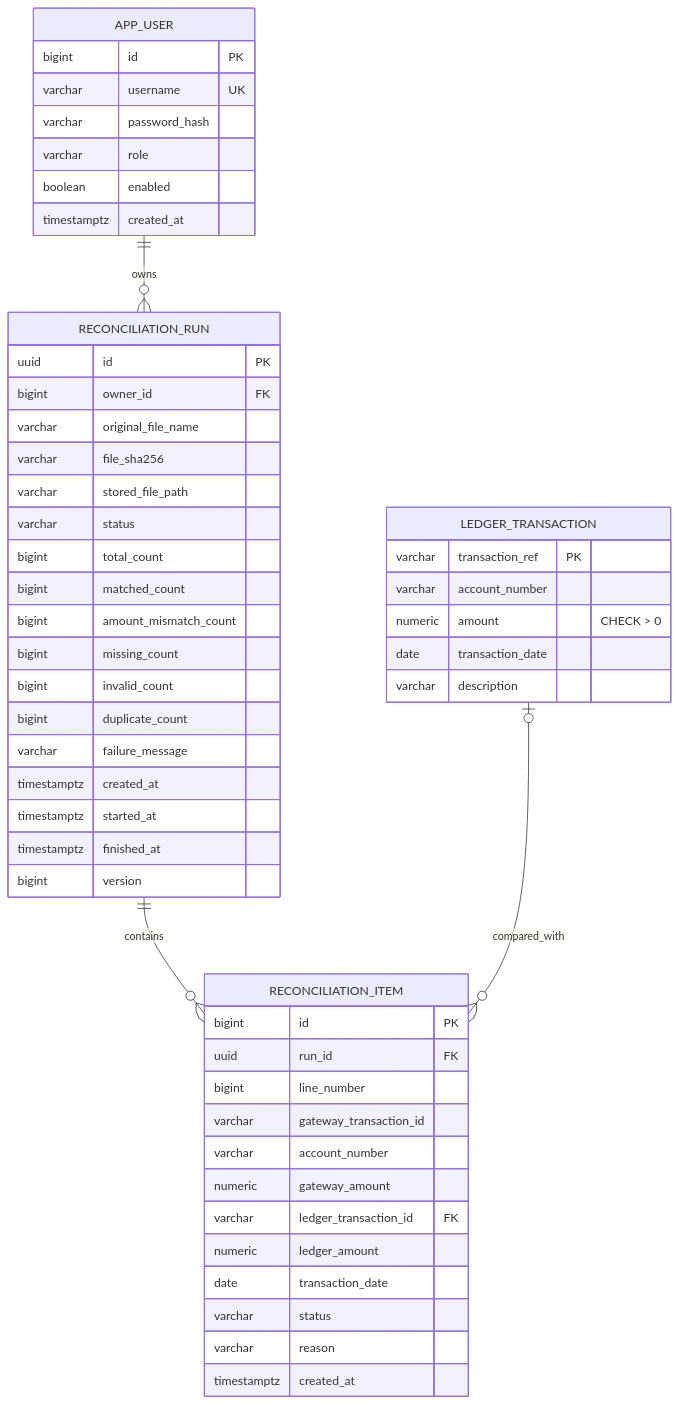
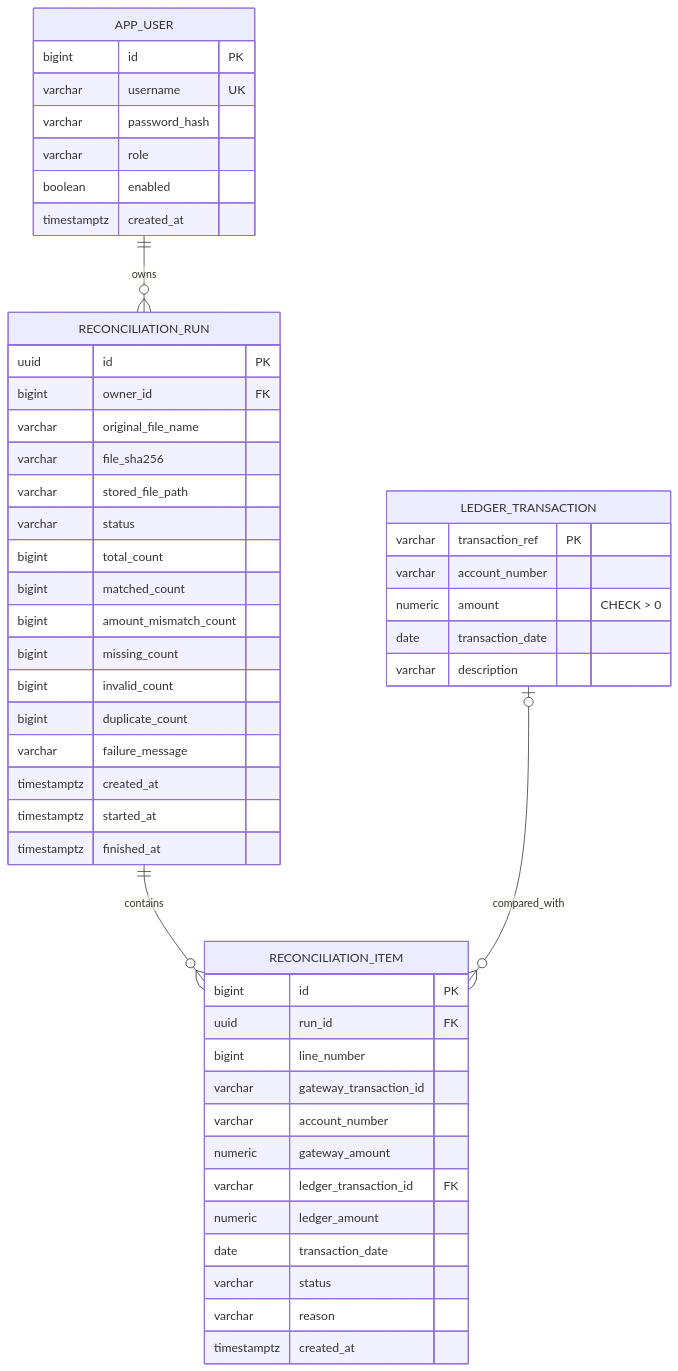
Before and after one commit to YashwardhanV/Balance-Trail: the diagram in docs/ER_DIAGRAM.md, drawn with Mermaid. The commit also changed other lines of this file and 13 other files, not shown here.

````diff
--- a/docs/ER_DIAGRAM.md
+++ b/docs/ER_DIAGRAM.md
@@ -3,58 +3,57 @@
 ```mermaid
 erDiagram
     APP_USER ||--o{ RECONCILIATION_RUN : owns
     RECONCILIATION_RUN ||--o{ RECONCILIATION_ITEM : contains
     LEDGER_TRANSACTION o|--o{ RECONCILIATION_ITEM : compared_with
 
     APP_USER {
         bigint id PK
         varchar username UK
         varchar password_hash
         varchar role
         boolean enabled
         timestamptz created_at
     }
 
     LEDGER_TRANSACTION {
         varchar transaction_ref PK
         varchar account_number
         numeric amount "CHECK > 0"
         date transaction_date
         varchar description
     }
 
     RECONCILIATION_RUN {
         uuid id PK
         bigint owner_id FK
         varchar original_file_name
         varchar file_sha256
         varchar stored_file_path
         varchar status
         bigint total_count
         bigint matched_count
         bigint amount_mismatch_count
         bigint missing_count
         bigint invalid_count
         bigint duplicate_count
         varchar failure_message
         timestamptz created_at
         timestamptz started_at
         timestamptz finished_at
-        bigint version
     }
 
     RECONCILIATION_ITEM {
         bigint id PK
         uuid run_id FK
         bigint line_number
         varchar gateway_transaction_id
         varchar account_number
         numeric gateway_amount
         varchar ledger_transaction_id FK
         numeric ledger_amount
         date transaction_date
         varchar status
         varchar reason
         timestamptz created_at
     }
 ```
````
